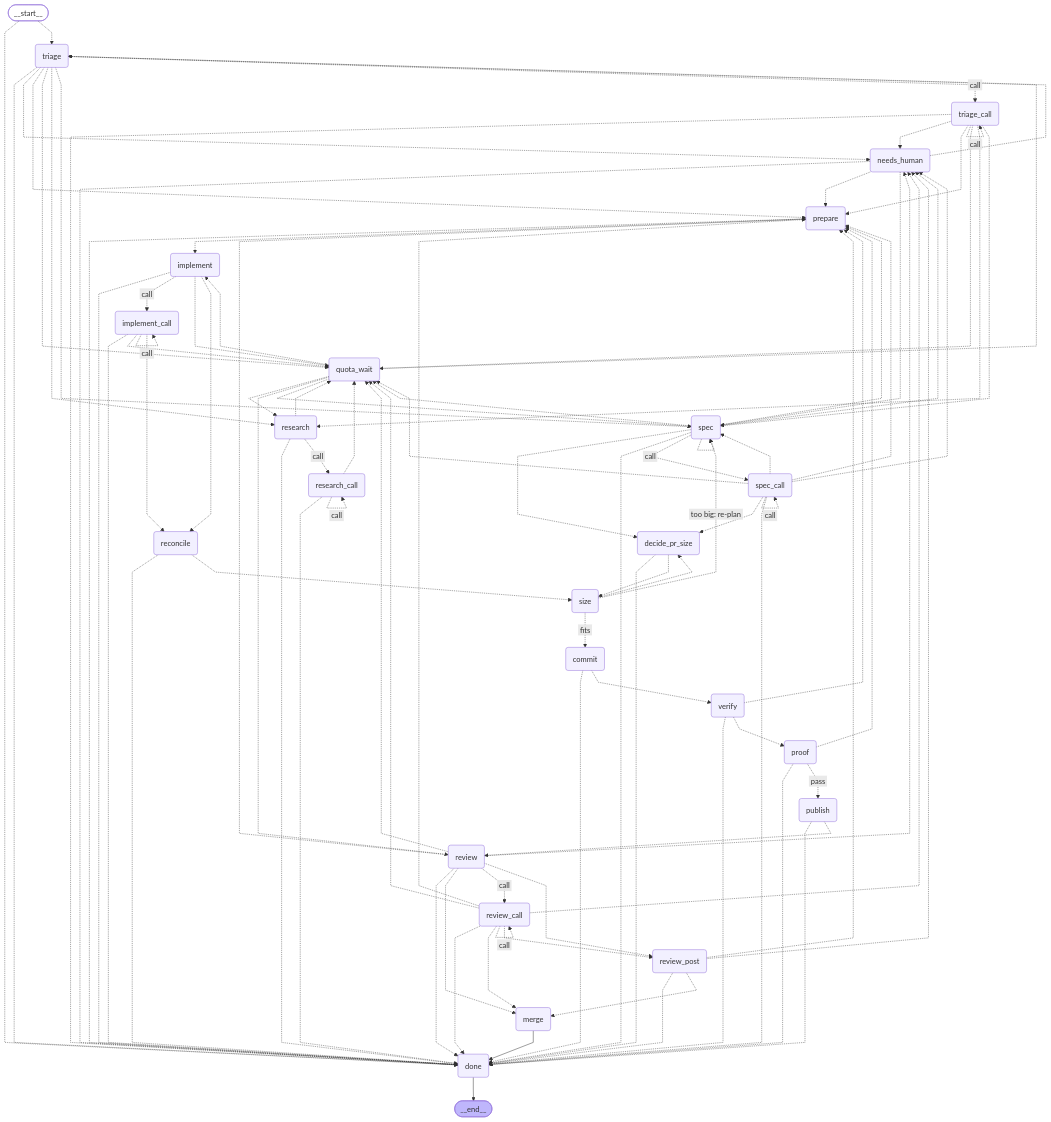
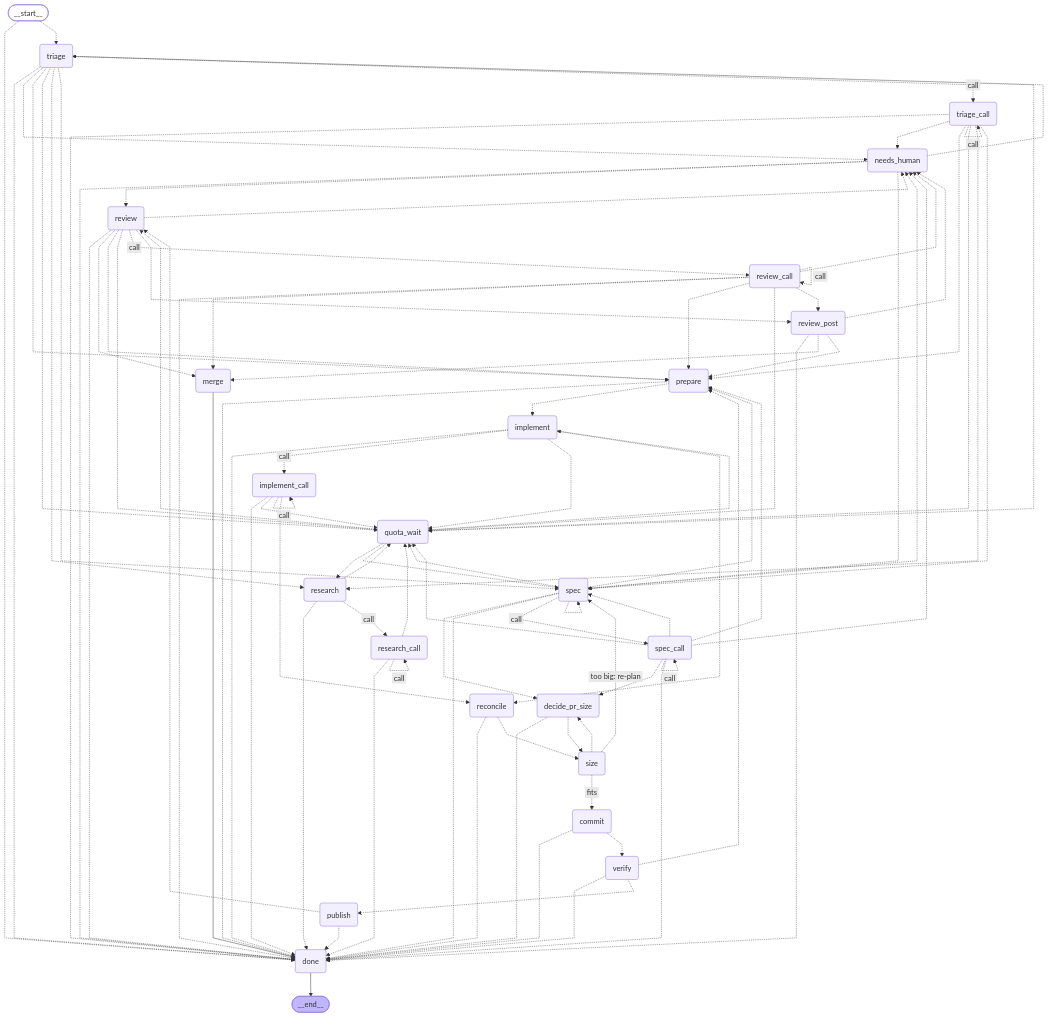
The diagram in docs/graph/delivery.mmd (bookout-labs/tools), drawn with Mermaid before and after one commit. The commit also changed 67 other files, not shown here.

```diff
--- a/docs/graph/delivery.mmd
+++ b/docs/graph/delivery.mmd
@@ -1,126 +1,122 @@
 ---
 config:
   flowchart:
     curve: linear
 ---
 graph TD;
 	__start__([<p>__start__</p>]):::first
 	triage(triage)
 	triage_call(triage_call)
 	research(research)
 	research_call(research_call)
 	spec(spec)
 	spec_call(spec_call)
 	implement(implement)
 	implement_call(implement_call)
 	review(review)
 	review_call(review_call)
 	verify(verify)
 	prepare(prepare)
 	reconcile(reconcile)
 	size(size)
 	commit(commit)
 	publish(publish)
-	proof(proof)
 	review_post(review_post)
 	needs_human(needs_human)
 	quota_wait(quota_wait)
 	decide_pr_size(decide_pr_size)
 	merge(merge)
 	done(done)
 	__end__([<p>__end__</p>]):::last
 	__start__ -.-> done;
 	__start__ -.-> triage;
 	commit -.-> done;
 	commit -.-> verify;
 	decide_pr_size -.-> done;
 	decide_pr_size -.-> size;
 	implement -.-> done;
 	implement -. &nbsp;call&nbsp; .-> implement_call;
 	implement -.-> quota_wait;
 	implement -.-> reconcile;
 	implement_call -.-> done;
 	implement_call -.-> quota_wait;
 	implement_call -.-> reconcile;
 	merge --> done;
 	needs_human -.-> done;
-	needs_human -.-> prepare;
+	needs_human -.-> review;
 	needs_human -.-> spec;
 	needs_human -.-> triage;
 	prepare -.-> done;
 	prepare -.-> implement;
-	proof -.-> done;
-	proof -.-> prepare;
-	proof -. &nbsp;pass&nbsp; .-> publish;
 	publish -.-> done;
 	publish -.-> review;
 	quota_wait -.-> implement;
 	quota_wait -.-> research;
 	quota_wait -.-> review;
 	quota_wait -.-> spec;
 	quota_wait -.-> triage;
 	reconcile -.-> done;
 	reconcile -.-> size;
 	research -.-> done;
 	research -.-> quota_wait;
 	research -. &nbsp;call&nbsp; .-> research_call;
 	research_call -.-> done;
 	research_call -.-> quota_wait;
 	review -.-> done;
 	review -.-> merge;
 	review -.-> needs_human;
 	review -.-> prepare;
 	review -.-> quota_wait;
 	review -. &nbsp;call&nbsp; .-> review_call;
 	review -.-> review_post;
 	review_call -.-> done;
 	review_call -.-> merge;
 	review_call -.-> needs_human;
 	review_call -.-> prepare;
 	review_call -.-> quota_wait;
 	review_call -.-> review_post;
 	review_post -.-> done;
 	review_post -.-> merge;
 	review_post -.-> needs_human;
 	review_post -.-> prepare;
 	size -. &nbsp;fits&nbsp; .-> commit;
 	size -.-> decide_pr_size;
 	size -. &nbsp;too big: re-plan&nbsp; .-> spec;
 	spec -.-> decide_pr_size;
 	spec -.-> done;
 	spec -.-> needs_human;
 	spec -.-> prepare;
 	spec -.-> quota_wait;
 	spec -. &nbsp;call&nbsp; .-> spec_call;
 	spec_call -.-> decide_pr_size;
 	spec_call -.-> done;
 	spec_call -.-> needs_human;
 	spec_call -.-> prepare;
 	spec_call -.-> quota_wait;
 	spec_call -.-> spec;
 	triage -.-> done;
 	triage -.-> needs_human;
 	triage -.-> prepare;
 	triage -.-> quota_wait;
 	triage -.-> research;
 	triage -.-> spec;
 	triage -. &nbsp;call&nbsp; .-> triage_call;
 	triage_call -.-> done;
 	triage_call -.-> needs_human;
 	triage_call -.-> prepare;
 	triage_call -.-> quota_wait;
 	triage_call -.-> research;
 	triage_call -.-> spec;
 	verify -.-> done;
 	verify -.-> prepare;
-	verify -.-> proof;
+	verify -.-> publish;
 	done --> __end__;
 	implement_call -. &nbsp;call&nbsp; .-> implement_call;
 	research_call -. &nbsp;call&nbsp; .-> research_call;
 	review_call -. &nbsp;call&nbsp; .-> review_call;
 	spec -.-> spec;
 	spec_call -. &nbsp;call&nbsp; .-> spec_call;
 	triage_call -. &nbsp;call&nbsp; .-> triage_call;
 	classDef default fill:#f2f0ff,line-height:1.2
 	classDef first fill-opacity:0
 	classDef last fill:#bfb6fc
```
